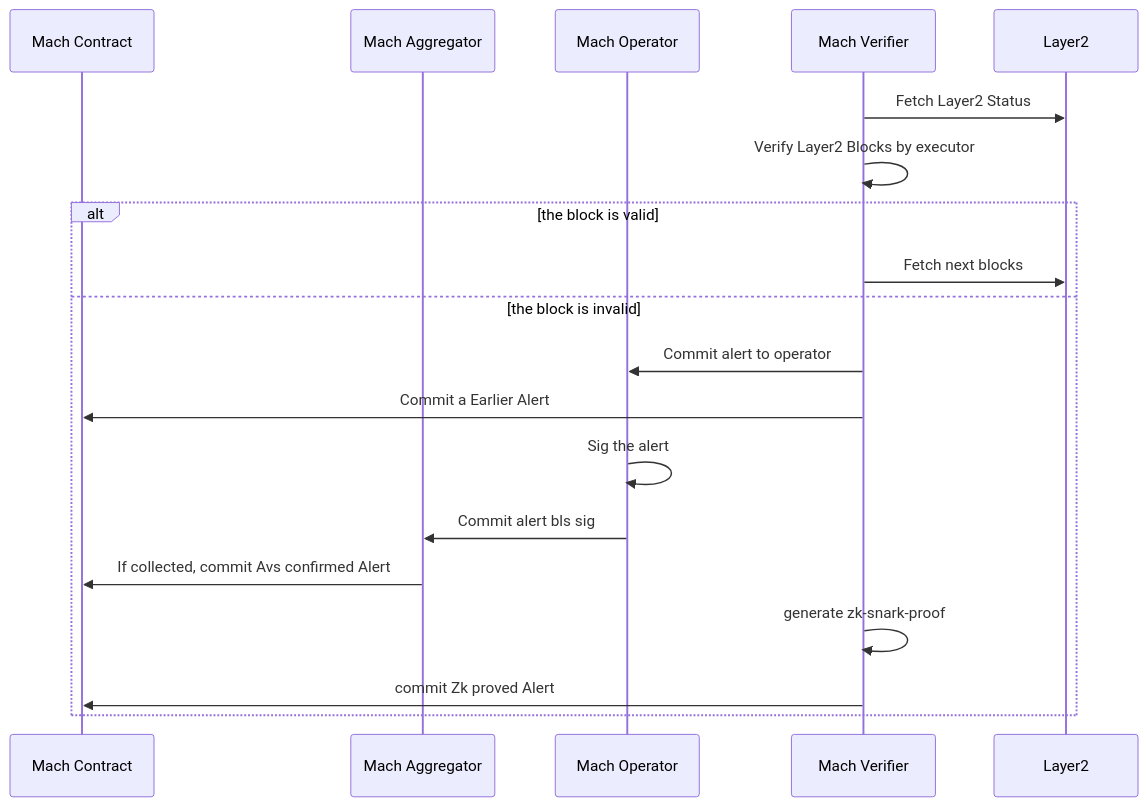
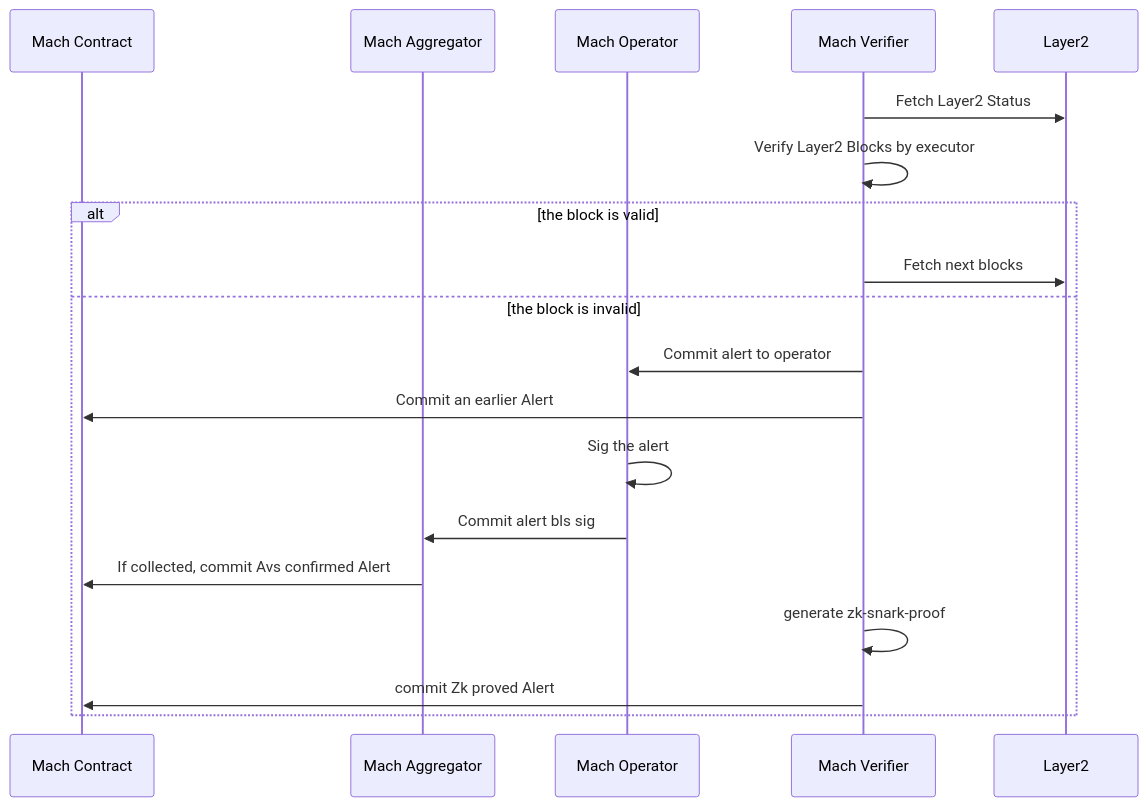
The first of 2 diagrams in README.md (alt-research/mach-avs), drawn with Mermaid before and after one commit. The commit also changed other lines of this file and 6 other files, not shown here.

````diff
--- a/README.md
+++ b/README.md
@@ -37,26 +37,26 @@
 ```mermaid
 sequenceDiagram
     participant MC as Mach Contract
 
     participant MA as Mach Aggregator
     participant MO as Mach Operator
 
     participant MV as Mach Verifier
 
     participant L2 as Layer2
 
     MV ->> L2: Fetch Layer2 Status
     MV ->> MV: Verify Layer2 Blocks by executor
 
     alt the block is valid
     MV ->> L2: Fetch next blocks
     else the block is invalid
     MV ->> MO: Commit alert to operator
-    MV ->> MC: Commit a Earlier Alert
+    MV ->> MC: Commit an earlier Alert
     MO ->> MO: Sig the alert
     MO ->> MA: Commit alert bls sig
     MA ->> MC: If collected, commit Avs confirmed Alert
     MV ->> MV: generate zk-snark-proof
     MV ->> MC: commit Zk proved Alert
     end
 ```
````
